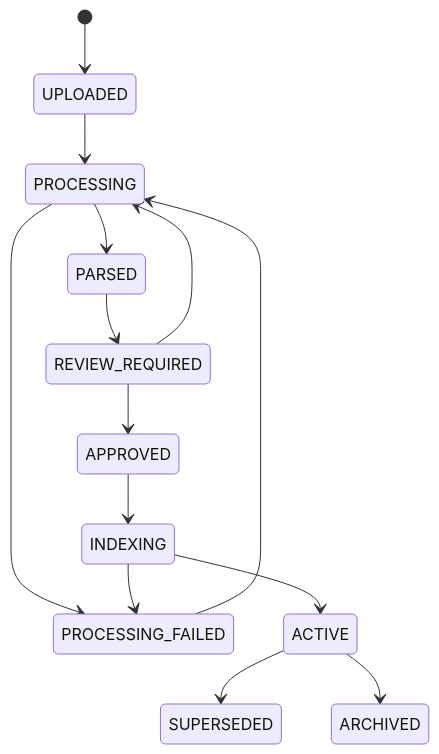
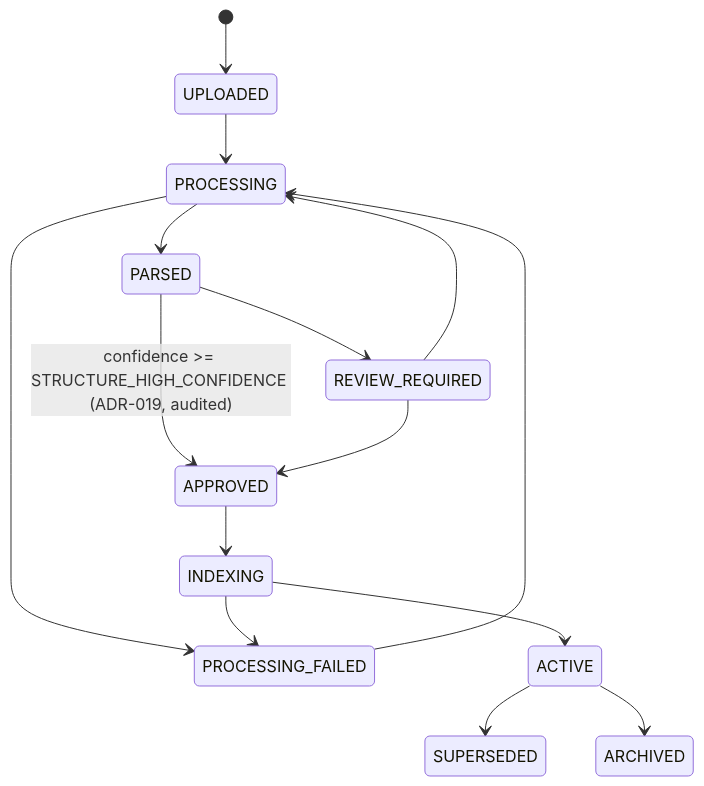
The second of 5 diagrams in docs/MASTER_DEVELOPMENT_SPEC.md (fandcomp/chatbot), drawn with Mermaid before and after one commit. The commit also changed other lines of this file and 4 other files, not shown here.

First line of the commit message:
docs: formalize confidence-based auto-approval as an audited exception (ADR-019)

````diff
--- a/docs/MASTER_DEVELOPMENT_SPEC.md
+++ b/docs/MASTER_DEVELOPMENT_SPEC.md
@@ -426,16 +426,17 @@
 ```mermaid
 stateDiagram-v2
     [*] --> UPLOADED
     UPLOADED --> PROCESSING
     PROCESSING --> PARSED
     PROCESSING --> PROCESSING_FAILED
     PARSED --> REVIEW_REQUIRED
+    PARSED --> APPROVED: confidence >= STRUCTURE_HIGH_CONFIDENCE (ADR-019, audited)
     REVIEW_REQUIRED --> APPROVED
     APPROVED --> INDEXING
     INDEXING --> ACTIVE
     INDEXING --> PROCESSING_FAILED
     ACTIVE --> SUPERSEDED
     ACTIVE --> ARCHIVED
     REVIEW_REQUIRED --> PROCESSING
     PROCESSING_FAILED --> PROCESSING
 ```
````
